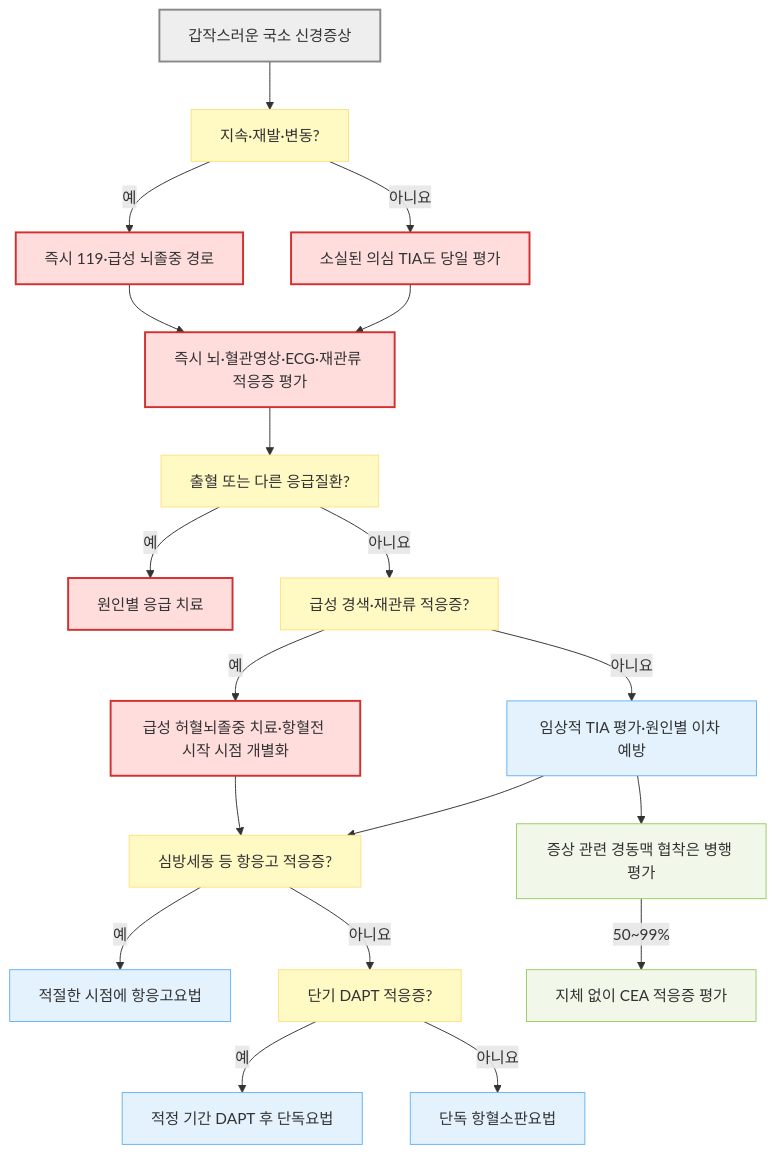
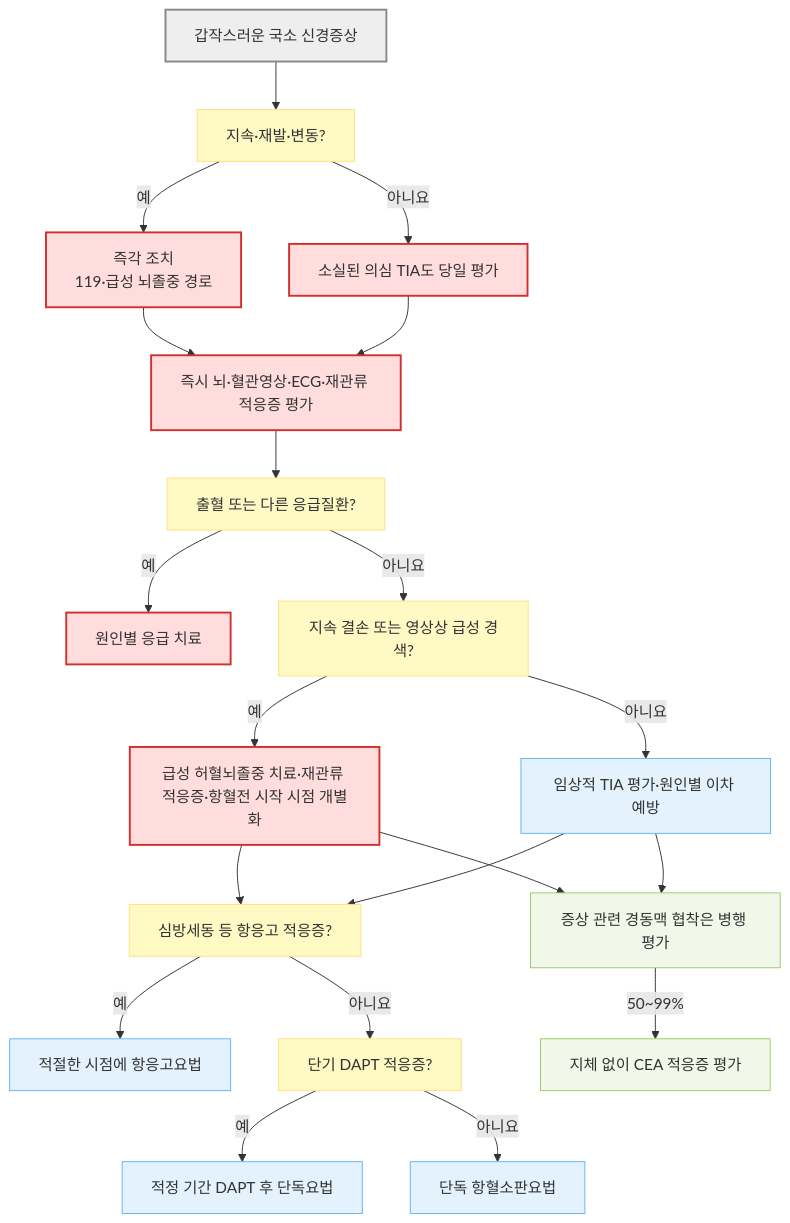
The diagram in 221_/023_-tia.md (familyoh77/familyoh77), drawn with Mermaid before and after one commit. The commit also changed other lines of this file, not shown here.

````diff
--- a/221_/023_-tia.md
+++ b/221_/023_-tia.md
@@ -142,32 +148,33 @@
 ```mermaid
 flowchart TD
     A["갑작스러운 국소 신경증상"] --> B["지속·재발·변동?"]
-    B -- "예" --> C["즉시 119·급성 뇌졸중 경로"]
+    B -- "예" --> C["즉각 조치<br/>119·급성 뇌졸중 경로"]
     B -- "아니요" --> D["소실된 의심 TIA도 당일 평가"]
     C --> E["즉시 뇌·혈관영상·ECG·재관류 적응증 평가"]
     D --> E
     E --> X["출혈 또는 다른 응급질환?"]
     X -- "예" --> U["원인별 응급 치료"]
-    X -- "아니요" --> F["급성 경색·재관류 적응증?"]
-    F -- "예" --> G["급성 허혈뇌졸중 치료·항혈전 시작 시점 개별화"]
+    X -- "아니요" --> F["지속 결손 또는 영상상 급성 경색?"]
+    F -- "예" --> G["급성 허혈뇌졸중 치료·재관류 적응증·항혈전 시작 시점 개별화"]
     F -- "아니요" --> H["임상적 TIA 평가·원인별 이차 예방"]
     G --> I["심방세동 등 항응고 적응증?"]
     H --> I
     I -- "예" --> J["적절한 시점에 항응고요법"]
     I -- "아니요" --> M["단기 DAPT 적응증?"]
     M -- "예" --> N["적정 기간 DAPT 후 단독요법"]
     M -- "아니요" --> O["단독 항혈소판요법"]
+    G --> K
     H --> K["증상 관련 경동맥 협착은 병행 평가"]
     K -- "50~99%" --> P["지체 없이 CEA 적응증 평가"]
 
     classDef start fill:#eeeeee,stroke:#888888,stroke-width:2px
     classDef question fill:#fff9c4,stroke:#ffe082
     classDef emergency fill:#ffdddd,stroke:#d32f2f,stroke-width:2px
     classDef evaluation fill:#f1f8e9,stroke:#9ccc65
     classDef treatment fill:#e3f2fd,stroke:#64b5f6
     class A start
     class B,X,F,I,M question
     class C,D,E,U,G emergency
     class K,P evaluation
     class H,J,N,O treatment
 ```
````
